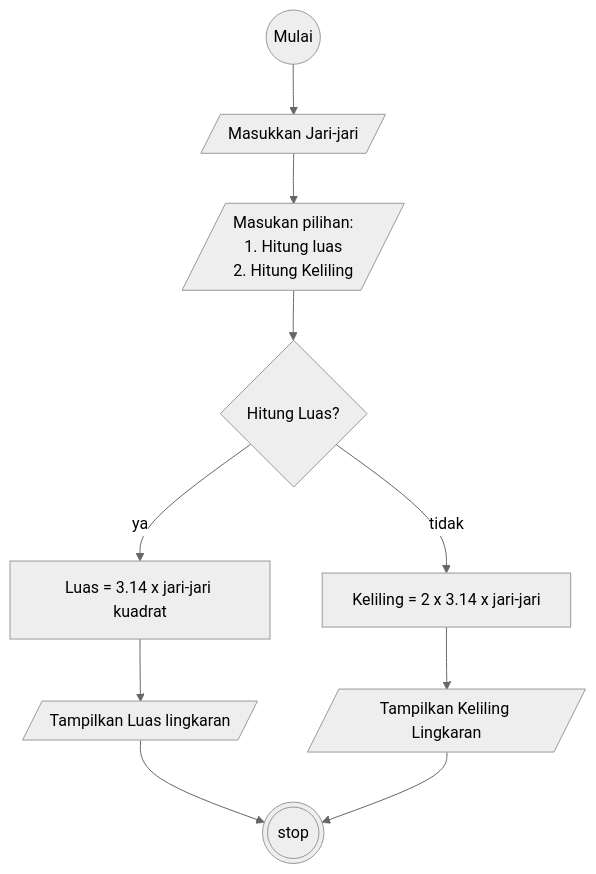
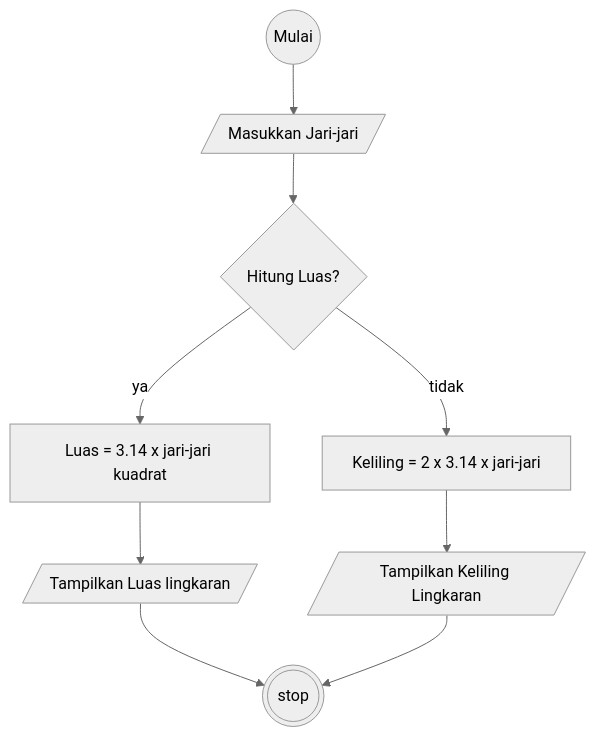
The diagram in Algoritma-Luas-Keliling-Lingkaran.md (asasonda/koda-b1-deskriptif-algoritm), drawn with Mermaid (neutral theme) before and after one commit.

````diff
--- a/Algoritma-Luas-Keliling-Lingkaran.md
+++ b/Algoritma-Luas-Keliling-Lingkaran.md
@@ -22,15 +22,12 @@
 ```mermaid
 flowchart TD
     start((Mulai)) --> input[/Masukkan Jari-jari/]
-    input --> masukan[/Masukan pilihan:
-    1. Hitung luas
-    2. Hitung Keliling/]
-    masukan --> pilihan{Hitung Luas?}
+    input --> pilihan{Hitung Luas?}
     pilihan -- ya --> luas[Luas = 3.14 x jari-jari kuadrat]
     pilihan -- tidak --> keliling[Keliling = 2 x 3.14 x jari-jari]
 
     luas --> hasilL[/Tampilkan Luas lingkaran/]
     keliling --> hasilK[/Tampilkan Keliling Lingkaran/]
     hasilL --> selesai(((stop)))
     hasilK --> selesai
 ```
````
